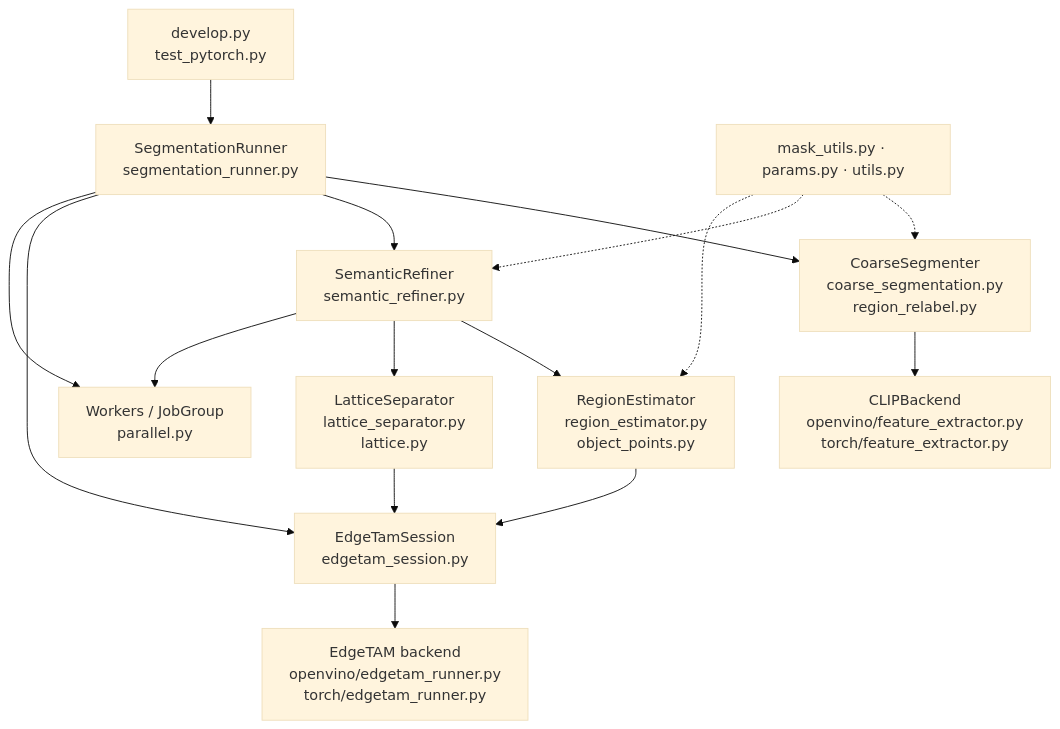
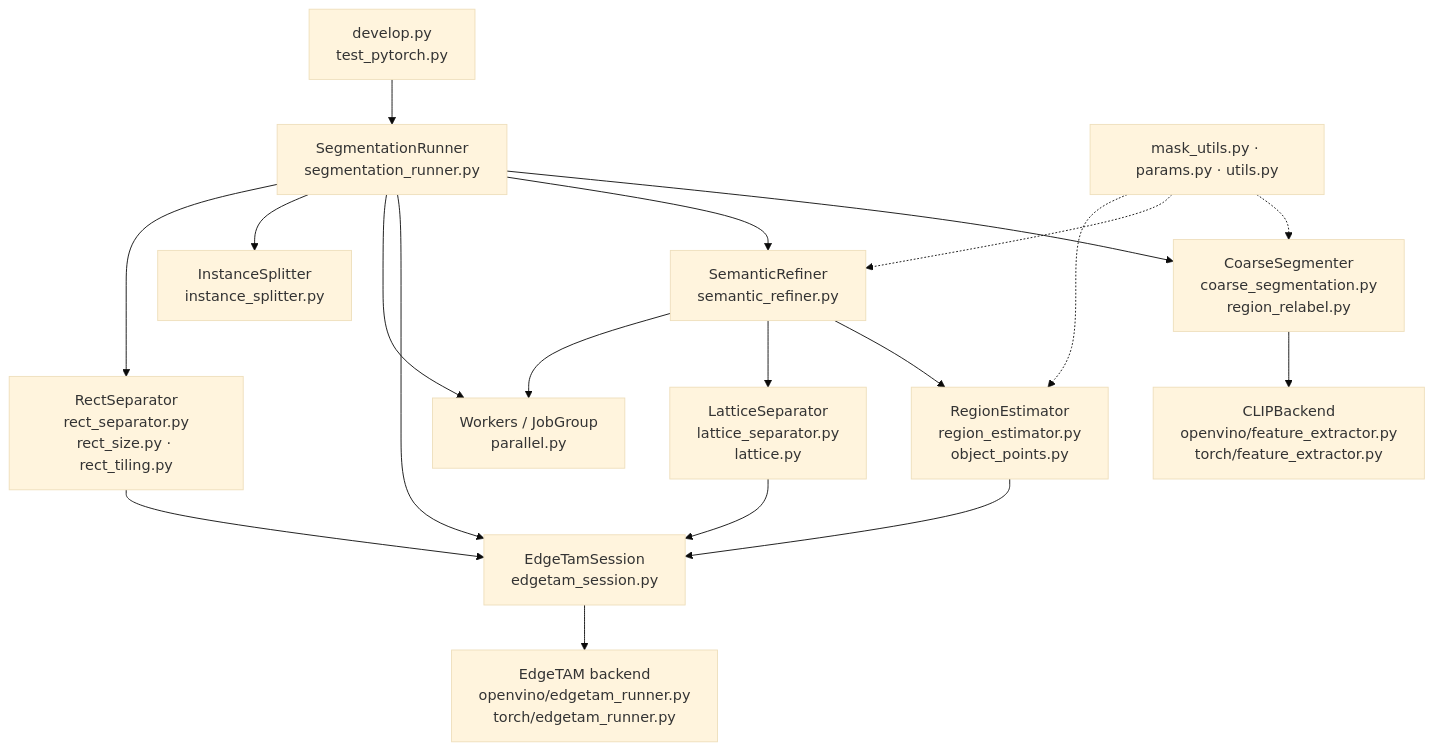
Before and after one commit to fklg-64/pe_anything_detect: the second of 2 diagrams in docs/overview.md, drawn with Mermaid (base theme). The commit also changed other lines of this file and 19 other files, not shown here.

````diff
--- a/docs/overview.md
+++ b/docs/overview.md
@@ -115,18 +121,21 @@
 ```mermaid
 flowchart TD
     DEV["develop.py<br/>test_pytorch.py"] --> RUN["SegmentationRunner<br/>segmentation_runner.py"]
     RUN --> COARSE["CoarseSegmenter<br/>coarse_segmentation.py<br/>region_relabel.py"]
     RUN --> REF["SemanticRefiner<br/>semantic_refiner.py"]
     RUN --> SES["EdgeTamSession<br/>edgetam_session.py"]
     RUN --> PAR["Workers / JobGroup<br/>parallel.py"]
+    RUN --> INST["InstanceSplitter<br/>instance_splitter.py"]
+    RUN --> RECT["RectSeparator<br/>rect_separator.py<br/>rect_size.py · rect_tiling.py"]
     REF --> EST["RegionEstimator<br/>region_estimator.py<br/>object_points.py"]
     REF --> LAT["LatticeSeparator<br/>lattice_separator.py<br/>lattice.py"]
     REF --> PAR
     EST --> SES
     LAT --> SES
+    RECT --> SES
     COARSE --> CLIP["CLIPBackend<br/>openvino/feature_extractor.py<br/>torch/feature_extractor.py"]
     SES --> ETB["EdgeTAM backend<br/>openvino/edgetam_runner.py<br/>torch/edgetam_runner.py"]
     HELP["mask_utils.py · params.py · utils.py"] -.-> COARSE
     HELP -.-> REF
     HELP -.-> EST
 ```
````
